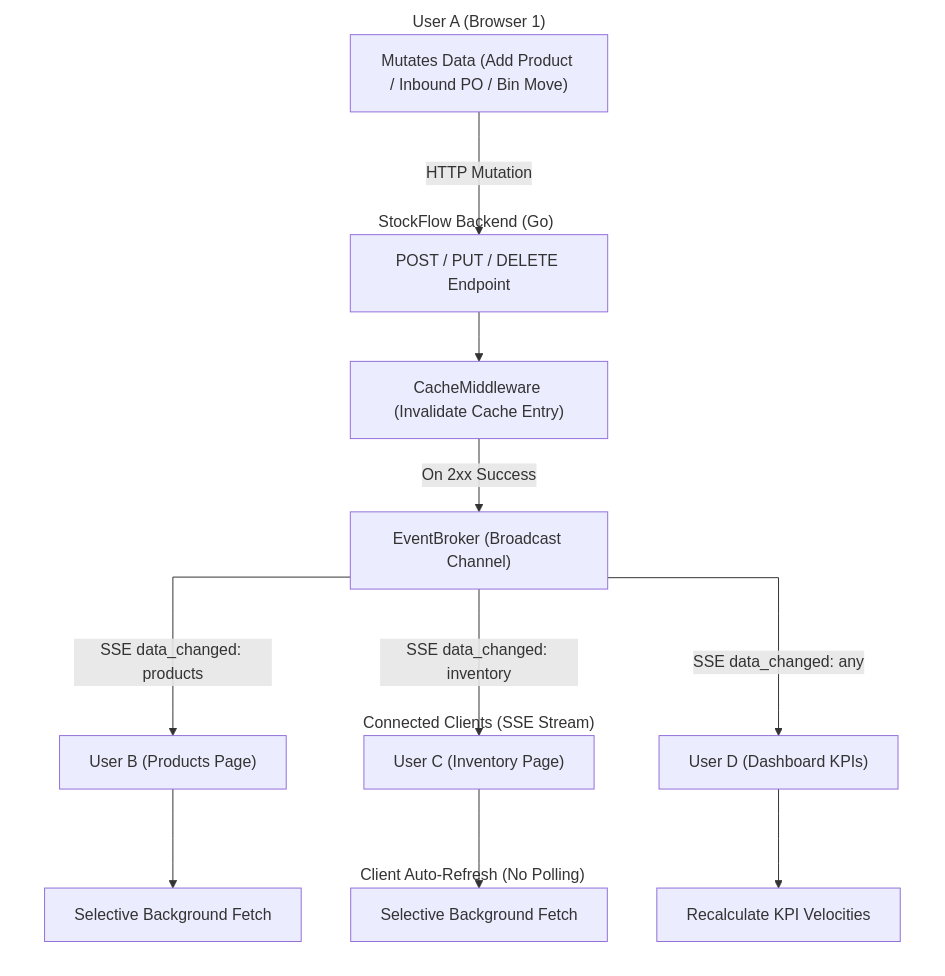
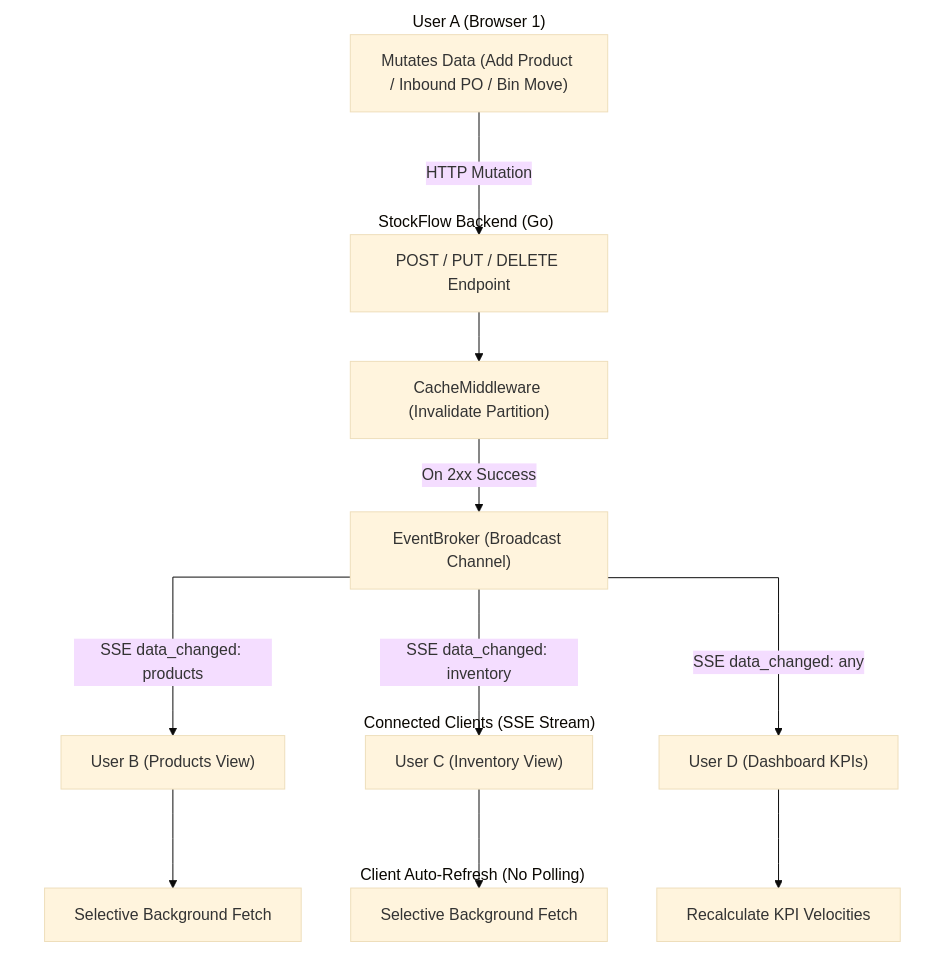
Before and after one commit to RPriago/stockFlow: the third of 3 diagrams in README.md, drawn with Mermaid. The commit also changed other lines of this file, not shown here.

Commit message:
docs: update README with live production telemetry, OWASP security details, and clean diagram styling

````diff
--- a/README.md
+++ b/README.md
@@ -129,40 +143,40 @@
 ```mermaid
-%%{init: {"flowchart": {"curve": "stepAfter"}}}%%
+%%{init: {"theme": "base", "themeVariables": {"clusterBkg": "transparent", "clusterBorder": "none"}, "flowchart": {"curve": "stepAfter"}}}%%
 flowchart TD
     subgraph UserA ["User A (Browser 1)"]
         ActionA["Mutates Data (Add Product / Inbound PO / Bin Move)"]
     end
 
     subgraph Backend ["StockFlow Backend (Go)"]
         API["POST / PUT / DELETE Endpoint"]
-        CacheLayer["CacheMiddleware (Invalidate Cache Entry)"]
+        CacheLayer["CacheMiddleware (Invalidate Partition)"]
         Broker["EventBroker (Broadcast Channel)"]
         API --> CacheLayer
         CacheLayer -->|"On 2xx Success"| Broker
     end
 
     subgraph Clients ["Connected Clients (SSE Stream)"]
-        ClientB["User B (Products Page)"]
-        ClientC["User C (Inventory Page)"]
+        ClientB["User B (Products View)"]
+        ClientC["User C (Inventory View)"]
         ClientD["User D (Dashboard KPIs)"]
         Broker -->|"SSE data_changed: products"| ClientB
         Broker -->|"SSE data_changed: inventory"| ClientC
         Broker -->|"SSE data_changed: any"| ClientD
     end
 
     subgraph ClientSync ["Client Auto-Refresh (No Polling)"]
         RefetchB["Selective Background Fetch"]
         RefetchC["Selective Background Fetch"]
         RefetchD["Recalculate KPI Velocities"]
         ClientB --> RefetchB
         ClientC --> RefetchC
         ClientD --> RefetchD
     end
 
     ActionA -->|"HTTP Mutation"| API
 
     style UserA fill:none,stroke:none
     style Backend fill:none,stroke:none
     style Clients fill:none,stroke:none
     style ClientSync fill:none,stroke:none
 ```
````
